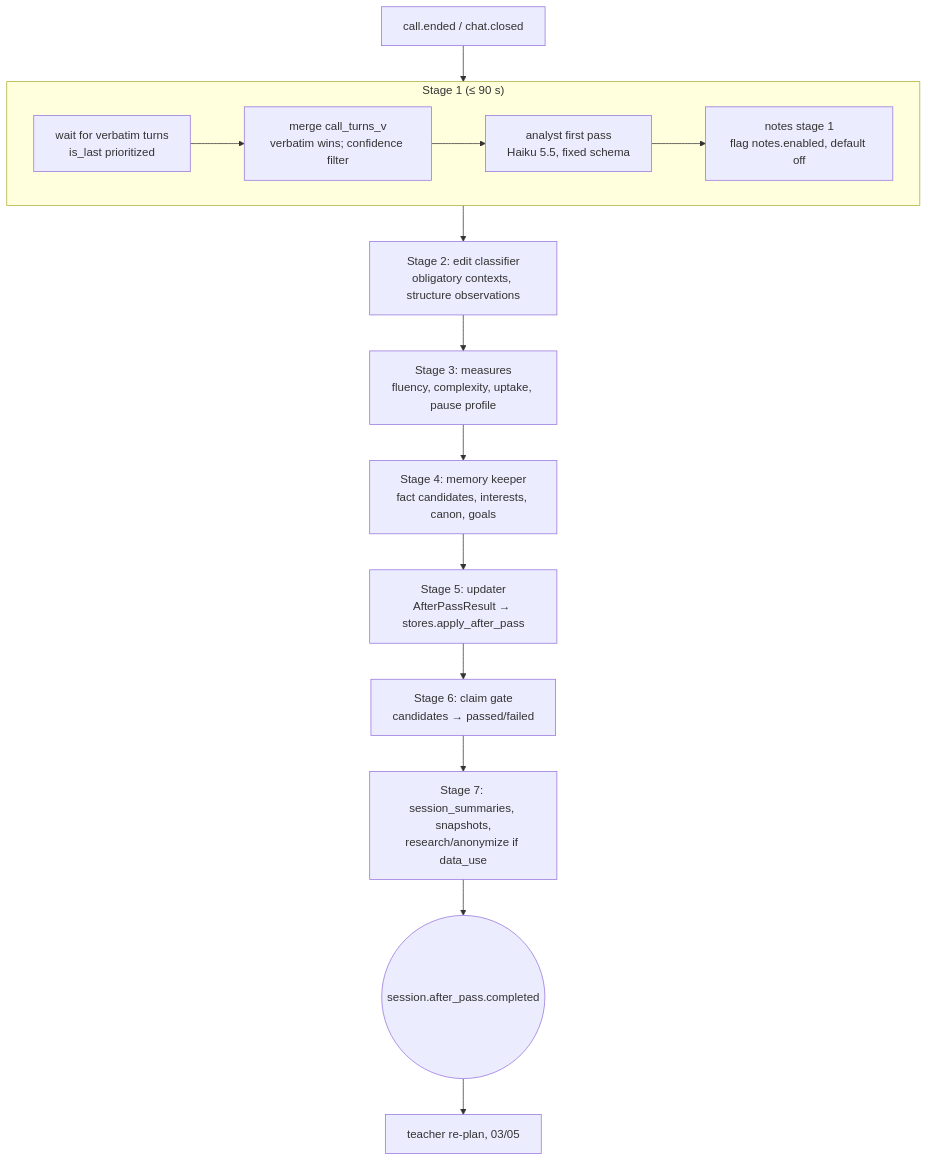
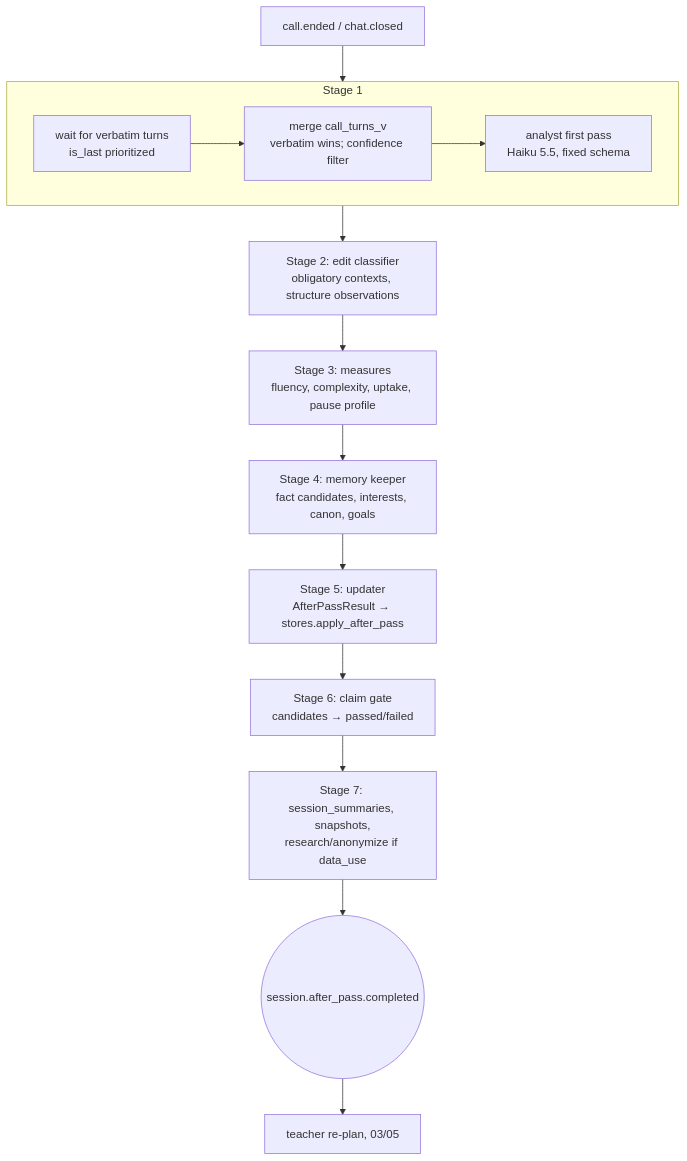
The first of 3 diagrams in technical-design/06-after-session-and-proof.md (Muath-8/For-one), drawn with Mermaid before and after one commit. The commit also changed other lines of this file and 11 other files, not shown here.

First line of the commit message:
Align the technical design with the architecture decision records

````diff
--- a/technical-design/06-after-session-and-proof.md
+++ b/technical-design/06-after-session-and-proof.md
@@ -9,17 +9,16 @@
 ```mermaid
 flowchart TB
   T[call.ended / chat.closed] --> S1
-  subgraph S1["Stage 1 (≤ 90 s)"]
+  subgraph S1["Stage 1"]
     V[wait for verbatim turns<br/>is_last prioritized] --> M[merge call_turns_v<br/>verbatim wins; confidence filter]
     M --> A1[analyst first pass<br/>Haiku 5.5, fixed schema]
-    A1 --> N[notes stage 1<br/>flag notes.enabled, default off]
   end
   S1 --> S2[Stage 2: edit classifier<br/>obligatory contexts, structure observations]
   S2 --> S3[Stage 3: measures<br/>fluency, complexity, uptake, pause profile]
   S3 --> S4[Stage 4: memory keeper<br/>fact candidates, interests, canon, goals]
   S4 --> S5[Stage 5: updater<br/>AfterPassResult → stores.apply_after_pass]
   S5 --> S6[Stage 6: claim gate<br/>candidates → passed/failed]
   S6 --> S7[Stage 7: session_summaries, snapshots,<br/>research/anonymize if data_use]
   S7 --> DONE((session.after_pass.completed))
   DONE --> TEACHER[teacher re-plan, 03/05]
 ```
````
